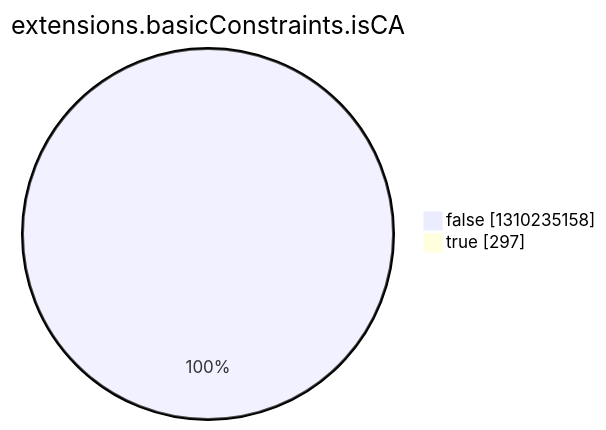
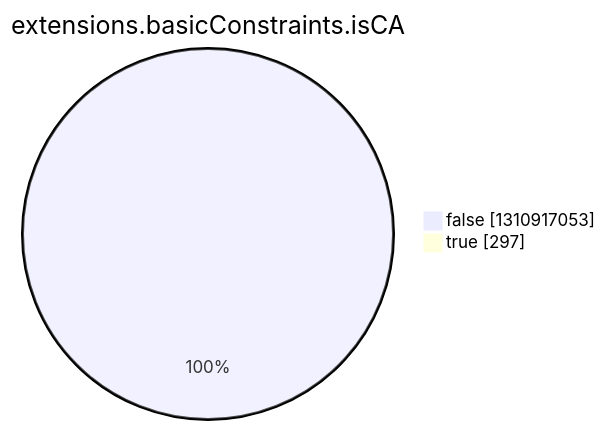
The eighth of 15 diagrams in argon2022/README.md (christiankrug/ctmonitor_visualization), drawn with Mermaid before and after one commit. The commit also changed other lines of this file, not shown here.

````diff
--- a/argon2022/README.md
+++ b/argon2022/README.md
@@ -2758,6 +2758,6 @@
 ```mermaid
 pie showData
 title extensions.basicConstraints.isCA
-"false" :1310235158
+"false" :1310917053
 "true" :297
 ```
````
